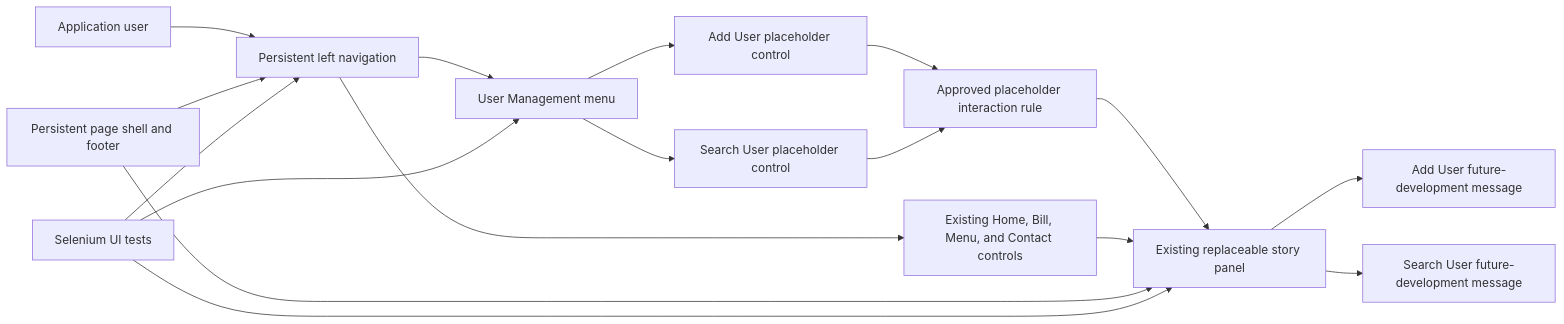
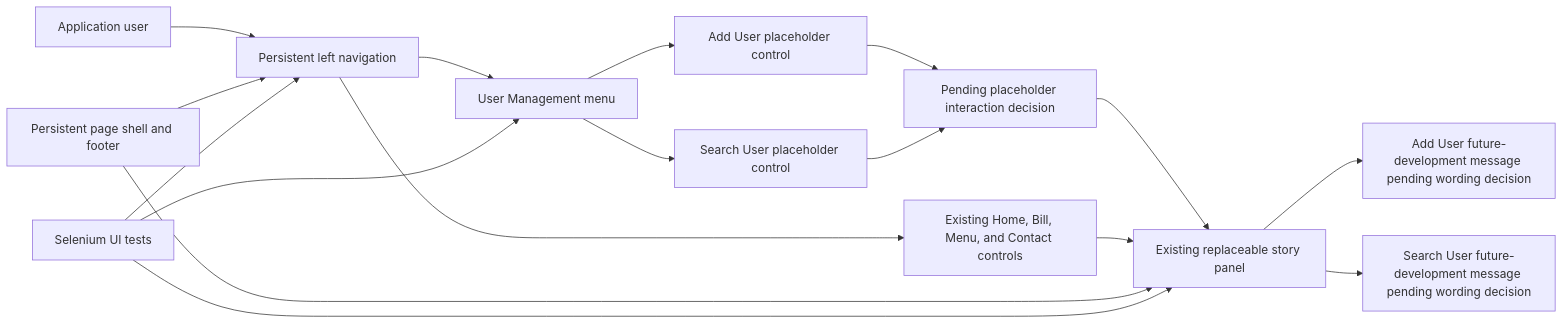
One commit to dpjadhav10-DJ/Copilot-Capstone changed the first of 2 diagrams in UserStories/US-007/US-007-SystemArchitecture.md. Above: the diagram before and after it, drawn with Mermaid. The commit also changed other lines of this file and 7 other files, not shown here.

````diff
--- a/UserStories/US-007/US-007-SystemArchitecture.md
+++ b/UserStories/US-007/US-007-SystemArchitecture.md
@@ -63,19 +65,19 @@
 ```mermaid
 flowchart LR
     User[Application user] --> Nav[Persistent left navigation]
     Nav --> UserManagement[User Management menu]
     UserManagement --> Add[Add User placeholder control]
     UserManagement --> Search[Search User placeholder control]
-    Add --> Decision[Approved placeholder interaction rule]
+    Add --> Decision[Pending placeholder interaction decision]
     Search --> Decision
     Decision --> Panel[Existing replaceable story panel]
-    Panel --> AddMessage[Add User future-development message]
-    Panel --> SearchMessage[Search User future-development message]
+    Panel --> AddMessage[Add User future-development message pending wording decision]
+    Panel --> SearchMessage[Search User future-development message pending wording decision]
     Nav --> Existing[Existing Home, Bill, Menu, and Contact controls]
     Existing --> Panel
     Shell[Persistent page shell and footer] --> Nav
     Shell --> Panel
     Selenium[Selenium UI tests] --> Nav
     Selenium --> UserManagement
     Selenium --> Panel
 ```
````
